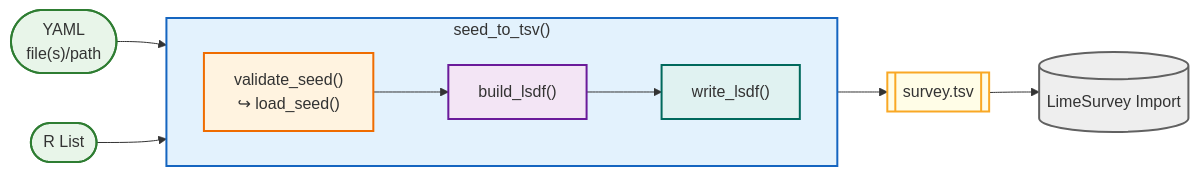
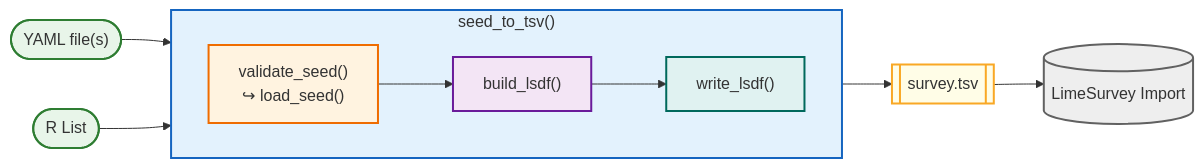
Before and after one commit to StefanMunnes/LimeSeed: the diagram in README.md, drawn with Mermaid. The commit also changed other lines of this file and 3 other files, not shown here.

````diff
--- a/README.md
+++ b/README.md
@@ -52,45 +52,45 @@
 ```mermaid
 flowchart LR
 
     %% ── Inputs ─────────────────────────────
-    A(["YAML\nfile(s)/path"])
+    A(["YAML file(s)"])
     B(["R List"])
 
     A --> C
     B --> C
 
 
     %% ── Main wrapper ───────────────────────
     subgraph C["seed_to_tsv()"]
         direction LR
 
         D["validate_seed()\n ↪ load_seed()"]
         E["build_lsdf()"]
         F["write_lsdf()"]
 
         D --> E --> F
     end
 
     %% ── Output ─────────────────────────────
     G[[survey.tsv]]
     H[(LimeSurvey Import)]
 
     C --> G --> H
 
     %% ── Styling ────────────────────────────
     classDef input fill:#e8f5e9,stroke:#2e7d32,stroke-width:2px;
     classDef wrapper fill:#e3f2fd,stroke:#1565c0,stroke-width:2px;
     classDef validate fill:#fff3e0,stroke:#ef6c00,stroke-width:2px;
     classDef build fill:#f3e5f5,stroke:#6a1b9a,stroke-width:2px;
     classDef write fill:#e0f2f1,stroke:#00695c,stroke-width:2px;
     classDef output fill:#fffde7,stroke:#f9a825,stroke-width:2px;
     classDef external fill:#eeeeee,stroke:#616161,stroke-width:2px;
 
     class A,B input;
     class C wrapper;
     class D validate;
     class E build;
     class F write;
     class G output;
     class H external;
 ```
````
